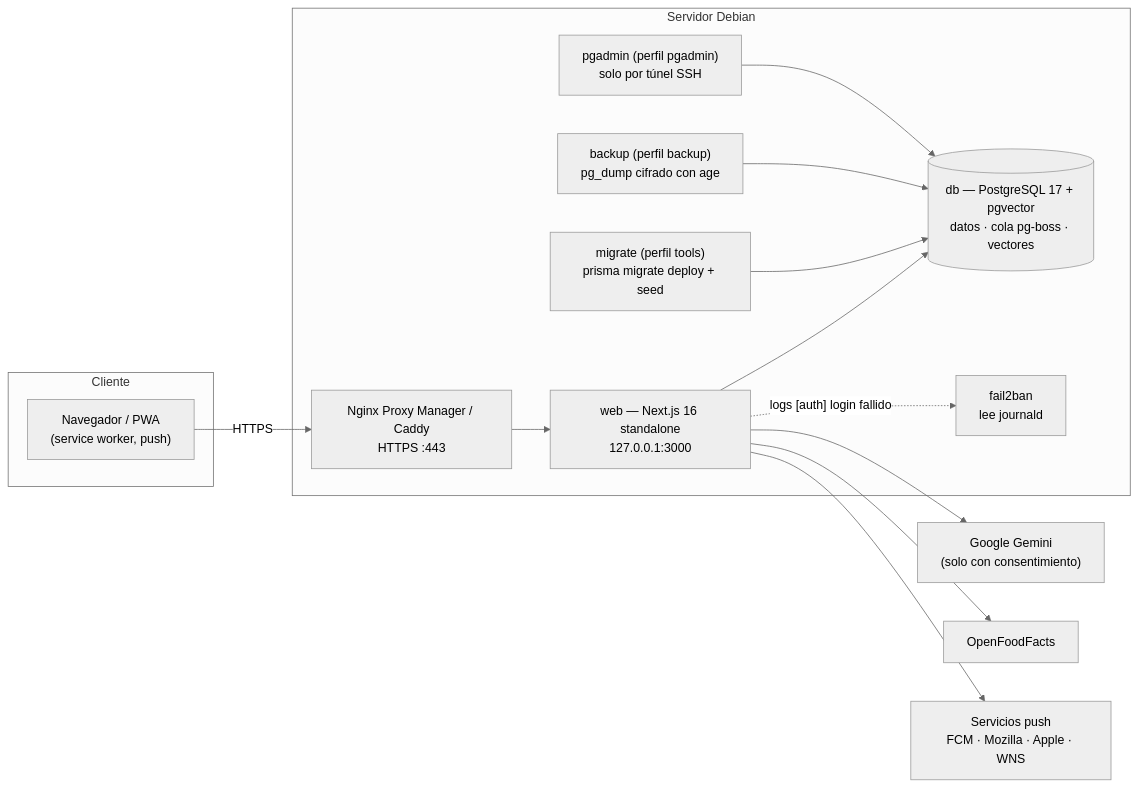
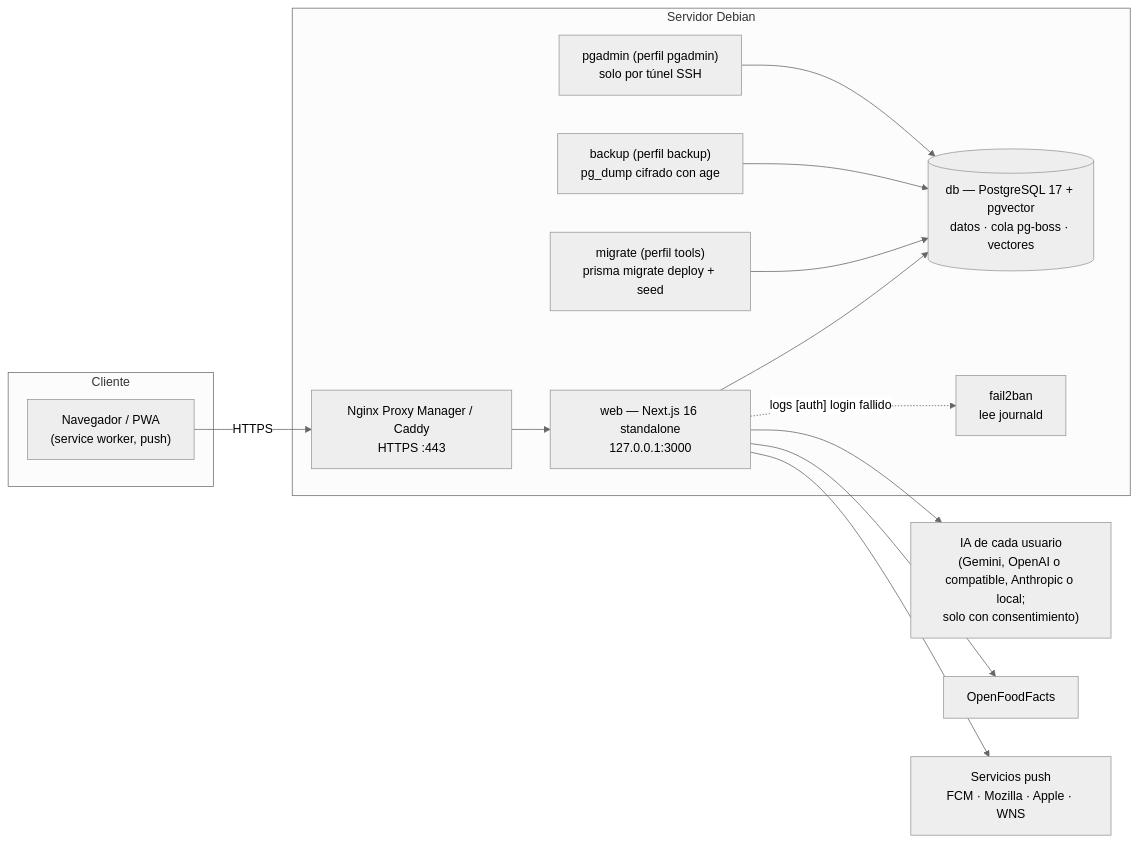
Before and after one commit to Kirito8888/AtleticHomeDesing: the first of 2 diagrams in docs/arquitectura.md, drawn with Mermaid (neutral theme). The commit also changed other lines of this file and 22 other files, not shown here.

````diff
--- a/docs/arquitectura.md
+++ b/docs/arquitectura.md
@@ -7,28 +7,28 @@
 ```mermaid
 flowchart LR
   subgraph Cliente
     PWA["Navegador / PWA<br/>(service worker, push)"]
   end
   subgraph Servidor Debian
     NPM["Nginx Proxy Manager / Caddy<br/>HTTPS :443"]
     WEB["web — Next.js 16 standalone<br/>127.0.0.1:3000"]
     DB[("db — PostgreSQL 17 + pgvector<br/>datos · cola pg-boss · vectores")]
     MIG["migrate (perfil tools)<br/>prisma migrate deploy + seed"]
     BAK["backup (perfil backup)<br/>pg_dump cifrado con age"]
     PGA["pgadmin (perfil pgadmin)<br/>solo por túnel SSH"]
     F2B["fail2ban<br/>lee journald"]
   end
-  GEM["Google Gemini<br/>(solo con consentimiento)"]
+  GEM["IA de cada usuario<br/>(Gemini, OpenAI o compatible, Anthropic o local;<br/>solo con consentimiento)"]
   OFF["OpenFoodFacts"]
   PUSH["Servicios push<br/>FCM · Mozilla · Apple · WNS"]
 
   PWA -- HTTPS --> NPM --> WEB
   WEB --> DB
   MIG --> DB
   BAK --> DB
   PGA --> DB
   WEB -. "logs [auth] login fallido" .-> F2B
   WEB --> GEM
   WEB --> OFF
   WEB --> PUSH
 ```
````
